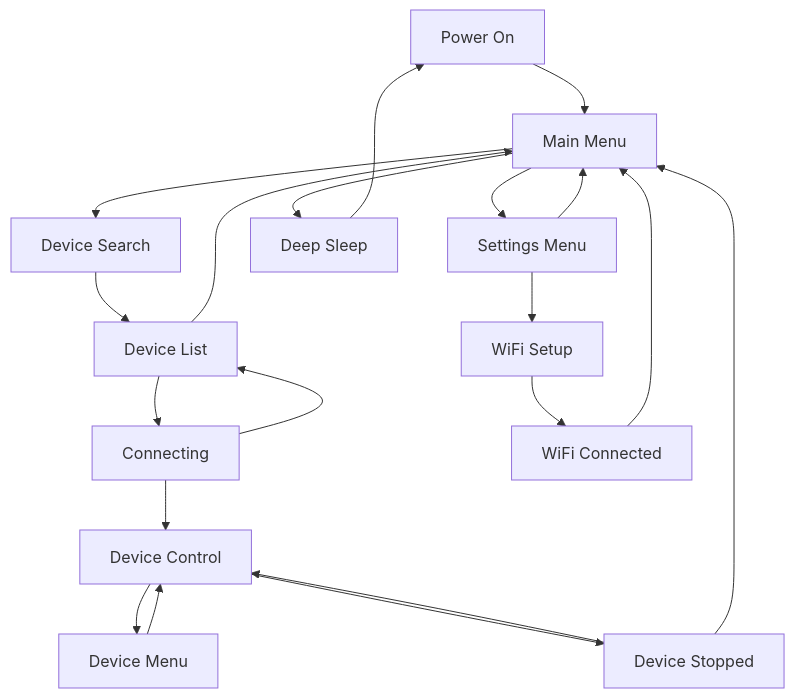
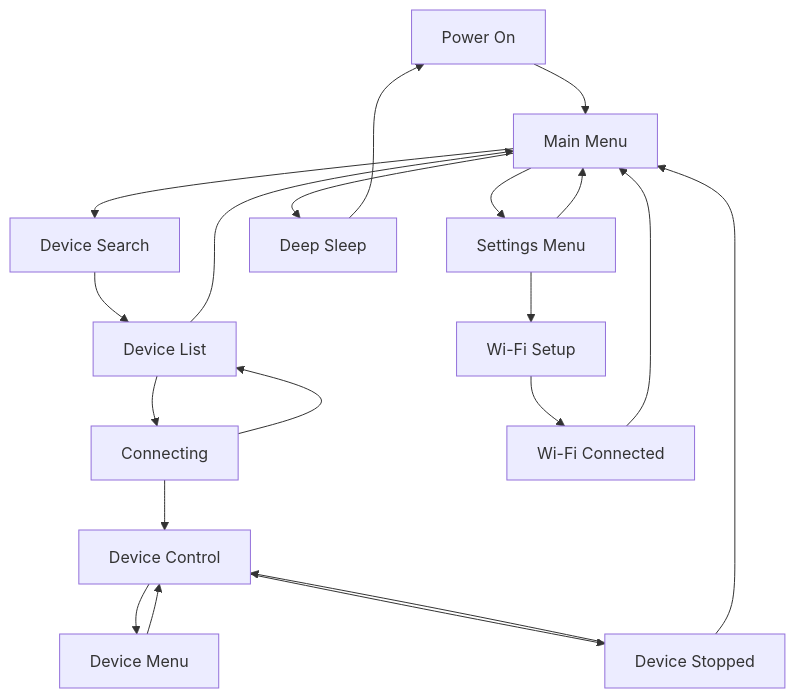
The diagram in content/radr/guides/user-guide/navigation-and-controls.mdx (researchanddesire/simple-docs), drawn with Mermaid before and after one commit. The commit also changed other lines of this file and 155 other files, not shown here.

````diff
--- a/content/radr/guides/user-guide/navigation-and-controls.mdx
+++ b/content/radr/guides/user-guide/navigation-and-controls.mdx
@@ -62,27 +70,27 @@
 ```mermaid
 flowchart TD
     Boot[Power On] --> MainMenu[Main Menu]
     MainMenu --> DeviceSearch[Device Search]
     MainMenu --> Settings[Settings Menu]
     MainMenu --> Sleep[Deep Sleep]
 
     DeviceSearch --> DeviceList[Device List]
     DeviceList --> Connecting[Connecting]
     DeviceList --> MainMenu
 
     Connecting --> Control[Device Control]
     Connecting --> DeviceList
 
     Control --> DeviceMenu[Device Menu]
     Control --> DeviceStop[Device Stopped]
     DeviceMenu --> Control
     DeviceStop --> Control
     DeviceStop --> MainMenu
 
-    Settings --> WiFiSetup[WiFi Setup]
+    Settings --> Wi-FiSetup[Wi-Fi Setup]
     Settings --> MainMenu
-    WiFiSetup --> WiFiConnected[WiFi Connected]
-    WiFiConnected --> MainMenu
+    Wi-FiSetup --> Wi-FiConnected[Wi-Fi Connected]
+    Wi-FiConnected --> MainMenu
 
     Sleep --> Boot
 ```
````
